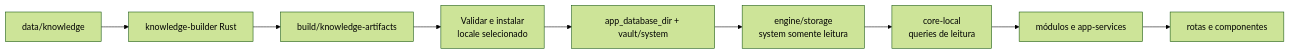
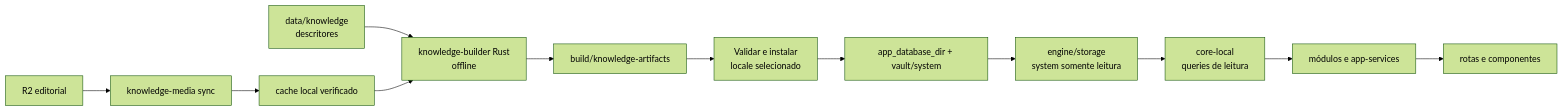
The diagram in docs/plans/hub-server/01c-app-system-consumption.md (migmoroni/veterinary-clinic), drawn with Mermaid (forest theme) before and after one commit. The commit also changed other lines of this file and 5 other files, not shown here.

Commit message:
doc: knowledge and media

````diff
--- a/docs/plans/hub-server/01c-app-system-consumption.md
+++ b/docs/plans/hub-server/01c-app-system-consumption.md
@@ -81,11 +88,14 @@
 ```mermaid
 flowchart LR
-    DATA["data/knowledge"] --> BUILDER["knowledge-builder Rust"]
+    DATA["data/knowledge<br/>descritores"] --> BUILDER["knowledge-builder Rust<br/>offline"]
+    R2["R2 editorial"] --> SYNC["knowledge-media sync"]
+    SYNC --> CACHE["cache local verificado"]
+    CACHE --> BUILDER
     BUILDER --> OUTPUT["build/knowledge-artifacts"]
     OUTPUT --> PREPARE["Validar e instalar<br/>locale selecionado"]
     PREPARE --> ACTIVE["app_database_dir + vault/system"]
     ACTIVE --> ENGINE["engine/storage<br/>system somente leitura"]
     ENGINE --> CORE["core-local<br/>queries de leitura"]
     CORE --> MODULES["módulos e app-services"]
     MODULES --> ROUTES["rotas e componentes"]
 ```
````
